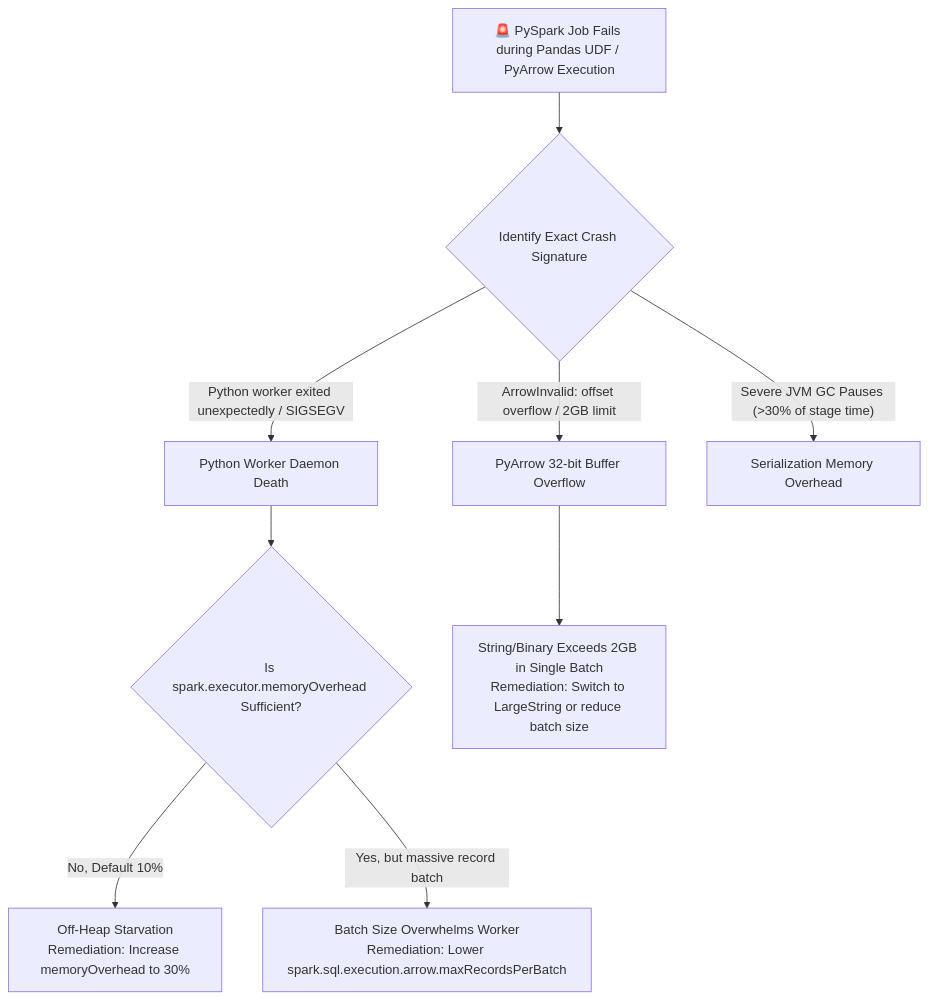
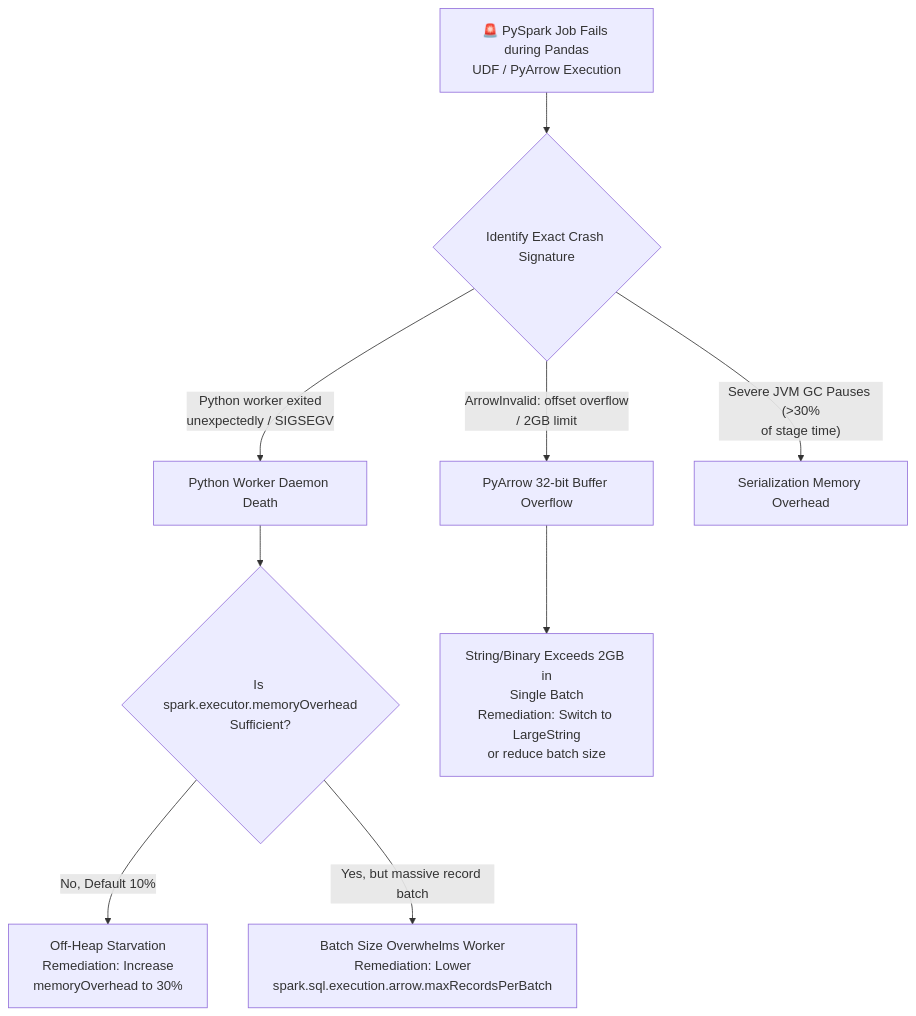
The diagram in runbooks/06_pandas_udf_arrow_serialization_and_gc_pauses.md (santoshjammi29/pyspark-handbook), drawn with Mermaid before and after one commit. The commit also changed 14 other files, not shown here.

Commit message:
fix(diagrams): word-wrap labels and escape comparison operators across all diagrams

````diff
--- a/runbooks/06_pandas_udf_arrow_serialization_and_gc_pauses.md
+++ b/runbooks/06_pandas_udf_arrow_serialization_and_gc_pauses.md
@@ -11,14 +11,14 @@
 ```mermaid
 flowchart TD
-    PyAlert["🚨 PySpark Job Fails during Pandas UDF / PyArrow Execution"] --> CategorizeCrash{"Identify Exact Crash Signature"}
+    PyAlert["🚨 PySpark Job Fails during Pandas<br/>UDF / PyArrow Execution"] --> CategorizeCrash{"Identify Exact Crash Signature"}
 
-    CategorizeCrash -->|"Python worker exited unexpectedly / SIGSEGV"| WorkerCrash["Python Worker Daemon Death"]
-    CategorizeCrash -->|"ArrowInvalid: offset overflow / 2GB limit"| ArrowLimit["PyArrow 32-bit Buffer Overflow"]
-    CategorizeCrash -->|"Severe JVM GC Pauses (>30% of stage time)"| SerializationGC["Serialization Memory Overhead"]
+    CategorizeCrash -->|"Python worker exited<br/>unexpectedly / SIGSEGV"| WorkerCrash["Python Worker Daemon Death"]
+    CategorizeCrash -->|"ArrowInvalid: offset overflow<br/>/ 2GB limit"| ArrowLimit["PyArrow 32-bit Buffer Overflow"]
+    CategorizeCrash -->|"Severe JVM GC Pauses (&gt;30%<br/>of stage time)"| SerializationGC["Serialization Memory Overhead"]
 
-    WorkerCrash --> CheckOverhead{"Is spark.executor.memoryOverhead Sufficient?"}
-    CheckOverhead -->|"No, Default 10%"| BumpOverhead["Off-Heap Starvation<br/>Remediation: Increase memoryOverhead to 30%"]
-    CheckOverhead -->|"Yes, but massive record batch"| ReduceBatch["Batch Size Overwhelms Worker<br/>Remediation: Lower spark.sql.execution.arrow.maxRecordsPerBatch"]
+    WorkerCrash --> CheckOverhead{"Is spark.executor.memoryOverhead<br/>Sufficient?"}
+    CheckOverhead -->|"No, Default 10%"| BumpOverhead["Off-Heap Starvation<br/>Remediation: Increase<br/>memoryOverhead to 30%"]
+    CheckOverhead -->|"Yes, but massive record batch"| ReduceBatch["Batch Size Overwhelms Worker<br/>Remediation: Lower<br/>spark.sql.execution.arrow.maxRecordsPerBatch"]
 
-    ArrowLimit --> FixArrowString["String/Binary Exceeds 2GB in Single Batch<br/>Remediation: Switch to LargeString or reduce batch size"]
+    ArrowLimit --> FixArrowString["String/Binary Exceeds 2GB in<br/>Single Batch<br/>Remediation: Switch to LargeString<br/>or reduce batch size"]
 ```
````
